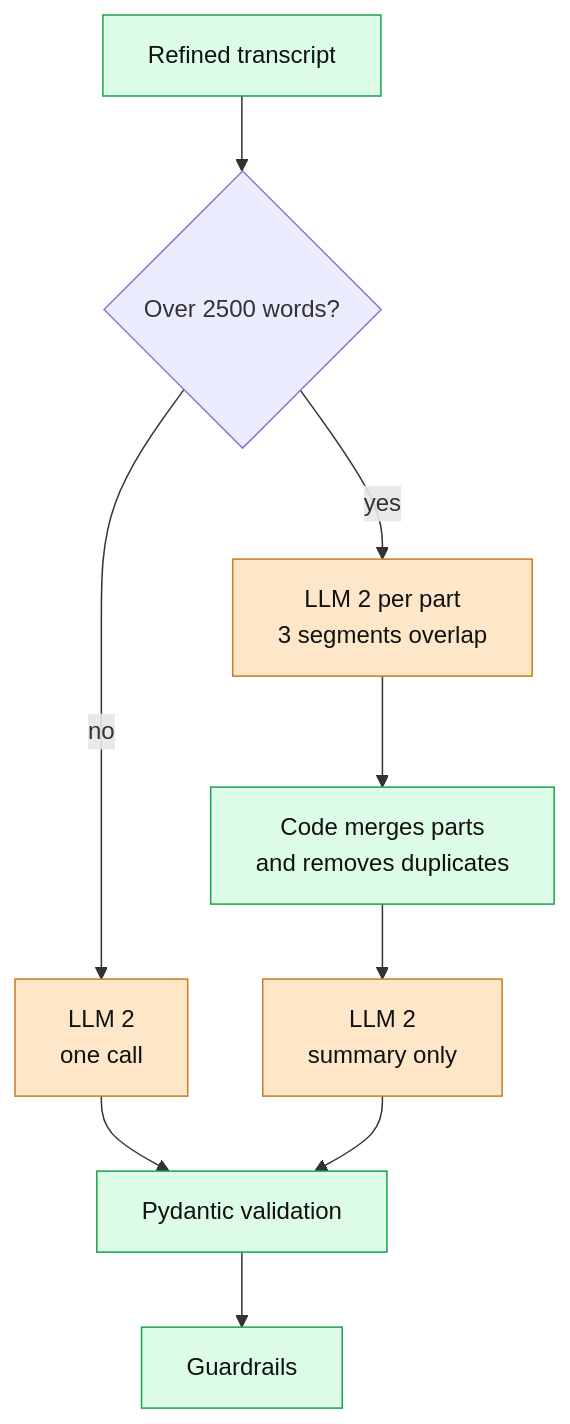
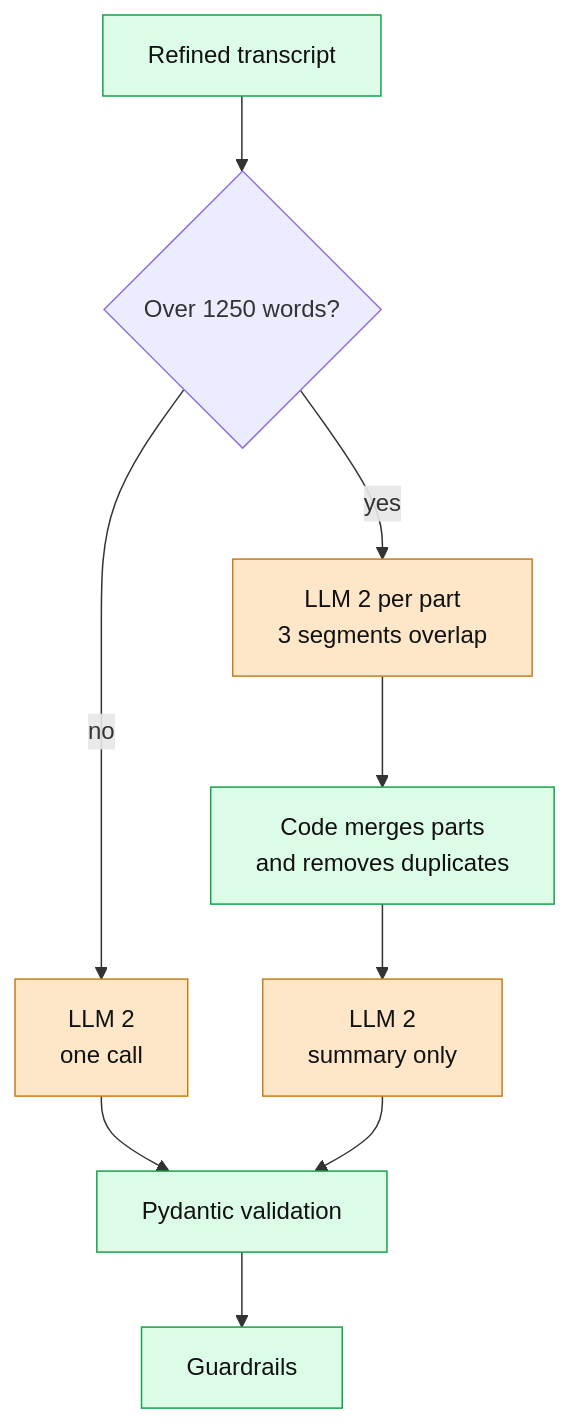
The fourth of 5 diagrams in TECHNICAL_DOCUMENT.md (bhattyuvraj22/Meeting-Assistant), drawn with Mermaid before and after one commit. The commit also changed other lines of this file and 2 other files, not shown here.

````diff
--- a/TECHNICAL_DOCUMENT.md
+++ b/TECHNICAL_DOCUMENT.md
@@ -131,16 +131,16 @@
 ```mermaid
 flowchart TD
-    A["Refined transcript"] --> B{"Over 2500 words?"}
+    A["Refined transcript"] --> B{"Over 1250 words?"}
     B -->|"no"| C["LLM 2<br/>one call"]
     B -->|"yes"| D["LLM 2 per part<br/>3 segments overlap"]
     D --> E["Code merges parts<br/>and removes duplicates"]
     E --> F["LLM 2<br/>summary only"]
     C --> G["Pydantic validation"]
     F --> G
     G --> H["Guardrails"]
 
     classDef llm fill:#fde7c8,stroke:#c77d1a,color:#111
     classDef code fill:#dcfce7,stroke:#16a34a,color:#111
     class C,D,F llm
     class A,E,G,H code
 ```
````
